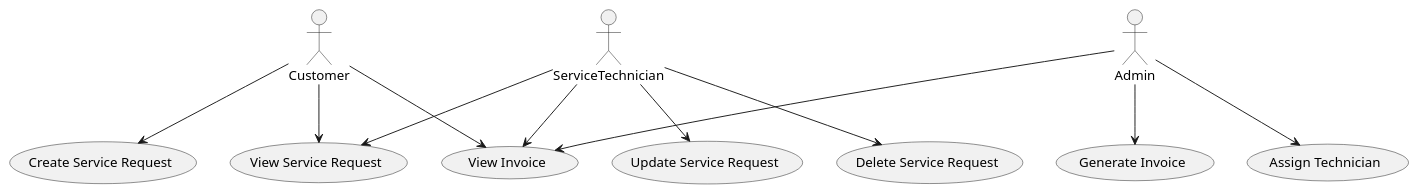
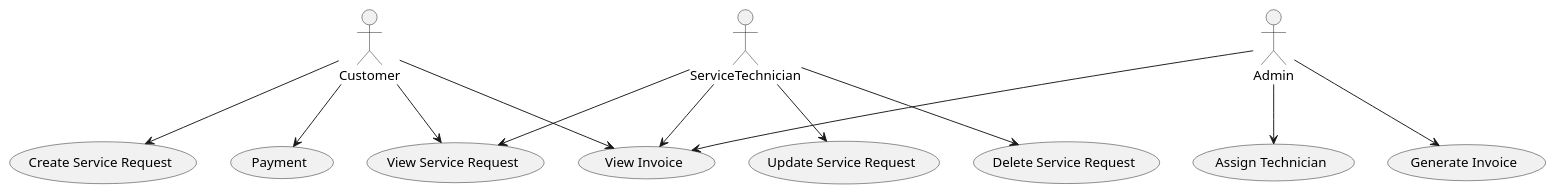
One commit to Fluorky/Computer-Service-Django-Api changed the diagram in umlDiagrams/computer_service_use_case_diagram.plantuml. Above: the diagram before and after it, drawn with PlantUML. The commit also changed 4 other files, not shown here.

Commit message:
Update model and serializers. Changes in uml diagrams

```diff
--- a/umlDiagrams/computer_service_use_case_diagram.plantuml
+++ b/umlDiagrams/computer_service_use_case_diagram.plantuml
@@ -1,24 +1,24 @@
 @startuml
 
 actor Customer
 actor ServiceTechnician
 actor Admin
 
 usecase "Create Service Request" as CreateServiceRequest
 usecase "Assign Technician" as AssignTechnician
 usecase "Generate Invoice" as GenerateInvoice
 
 
 Customer --> (CreateServiceRequest)
 Admin --> (AssignTechnician)
 Admin --> (GenerateInvoice)
 Admin --> (View Invoice)
 ServiceTechnician --> (View Invoice)
 Customer --> (View Invoice)
-
+Customer --> (Payment)
 Customer --> (View Service Request)
 ServiceTechnician --> (View Service Request)
 ServiceTechnician --> (Update Service Request)
 ServiceTechnician --> (Delete Service Request)
 
 @enduml
```
